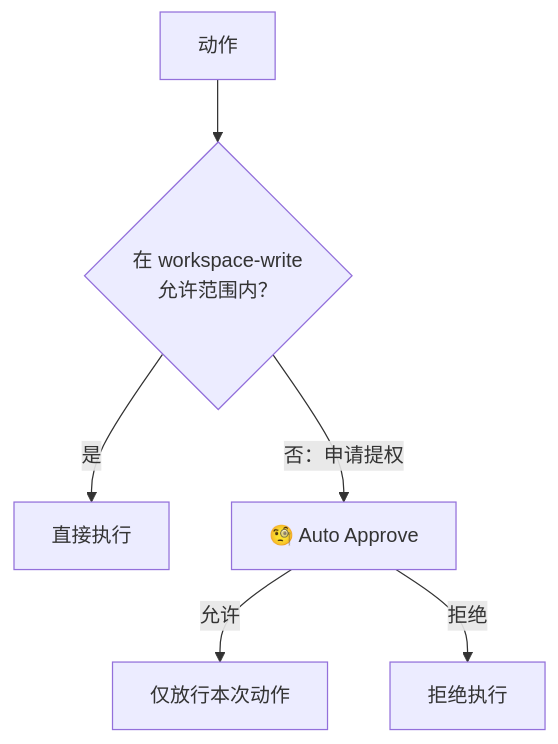
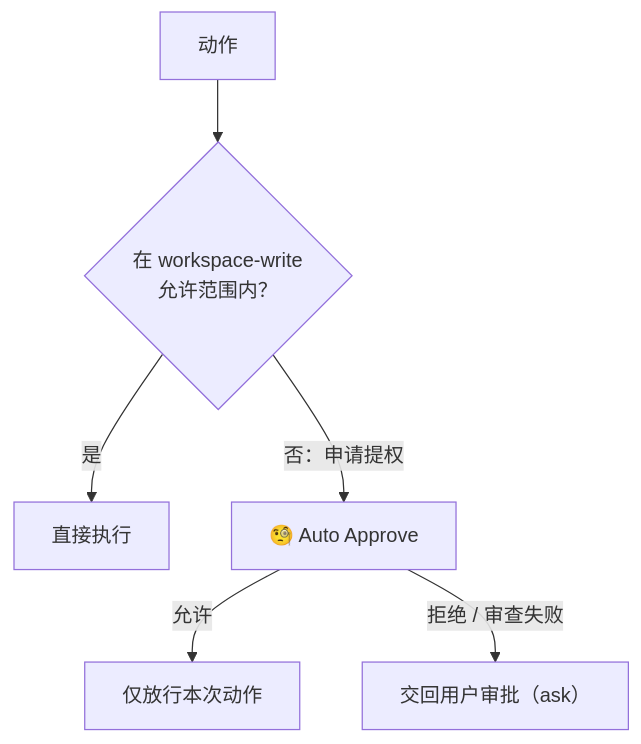
The diagram in README.zh.md (sujingkpo/dsh-auto-pass), drawn with Mermaid before and after one commit. The commit also changed other lines of this file and 7 other files, not shown here.

````diff
--- a/README.zh.md
+++ b/README.zh.md
@@ -25,8 +21,8 @@
 ```mermaid
 flowchart TD
     action["动作"] --> sandbox{"在 workspace-write<br/>允许范围内？"}
     sandbox -- 是 --> execute["直接执行"]
     sandbox -- "否：申请提权" --> review["🧐 Auto Approve"]
     review -- 允许 --> approved["仅放行本次动作"]
-    review -- 拒绝 --> rejected["拒绝执行"]
+    review -- "拒绝 / 审查失败" --> deferred["交回用户审批（ask）"]
 ```
````
